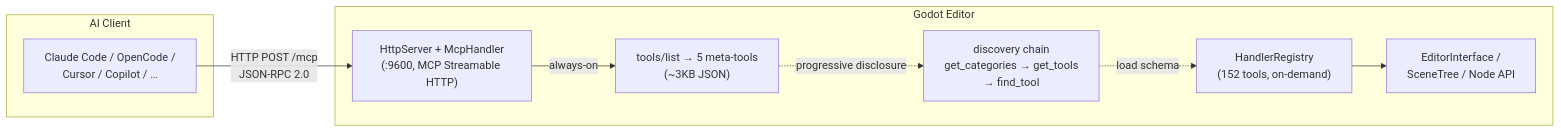
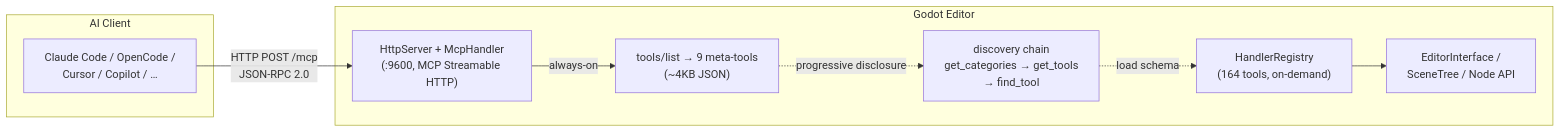
Before and after one commit to jesspig/GodotMCP-GDExtension: the diagram in README.md, drawn with Mermaid. The commit also changed other lines of this file and 27 other files, not shown here.

````diff
--- a/README.md
+++ b/README.md
@@ -13,20 +13,20 @@
 ```mermaid
 graph LR
     subgraph AI["AI Client"]
         Client["Claude Code / OpenCode /<br/>Cursor / Copilot / …"]
     end
 
     subgraph GodotProc["Godot Editor"]
         HTTP["HttpServer + McpHandler<br/>(:9600, MCP Streamable HTTP)"]
-        Meta["tools/list → 5 meta-tools<br/>(~3KB JSON)"]
+        Meta["tools/list → 9 meta-tools<br/>(~4KB JSON)"]
         Discover["discovery chain<br/>get_categories → get_tools<br/>→ find_tool"]
-        Registry["HandlerRegistry<br/>(152 tools, on-demand)"]
+        Registry["HandlerRegistry<br/>(164 tools, on-demand)"]
         Editor["EditorInterface /<br/>SceneTree / Node API"]
     end
 
     Client -->|HTTP POST /mcp<br/>JSON-RPC 2.0| HTTP
     HTTP -->|always-on| Meta
     Meta -.->|progressive disclosure| Discover
     Discover -.->|load schema| Registry
     Registry --> Editor
 ```
````
